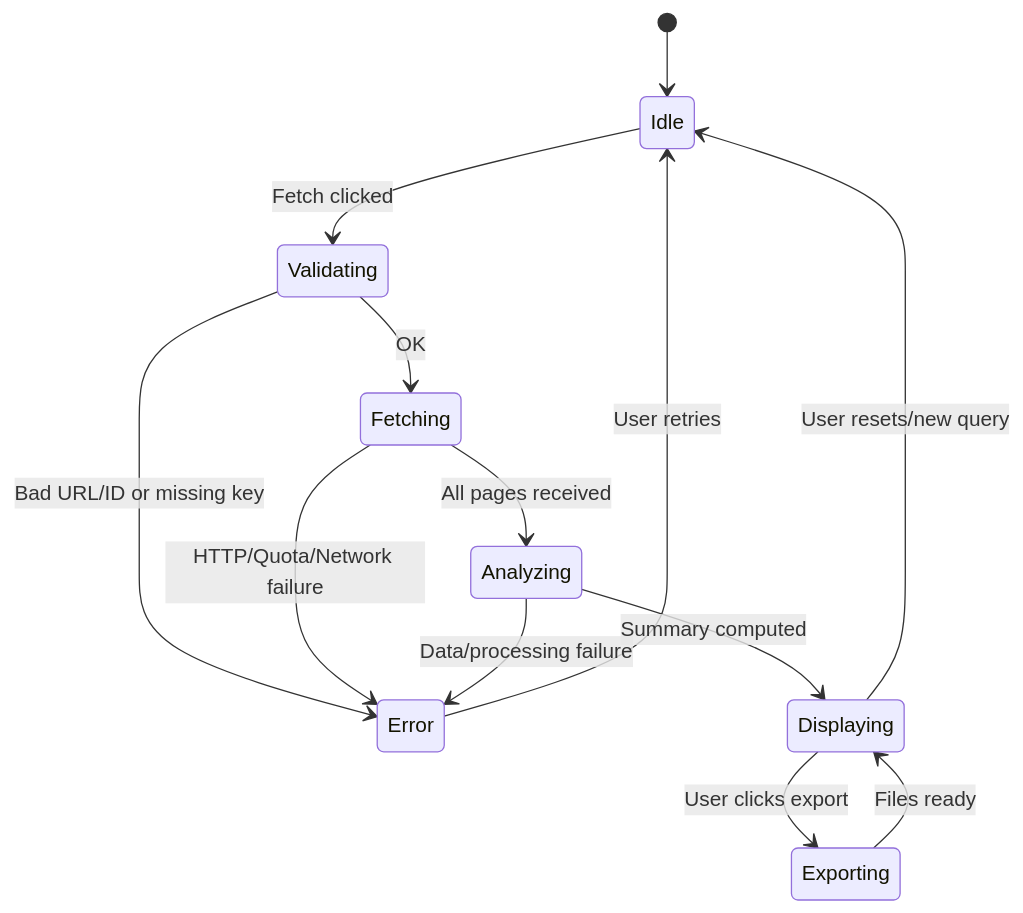
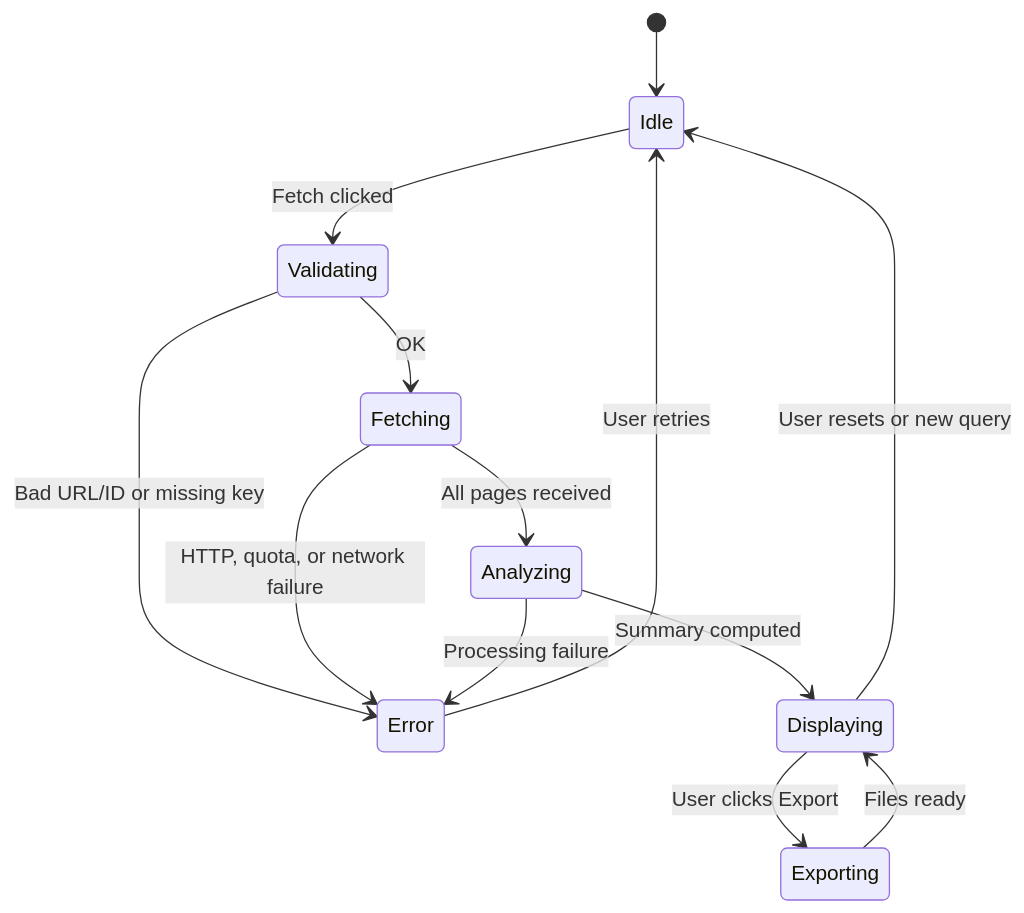
One commit to scornsaber/Comment_Analyzer changed the sixth of 8 diagrams in README.md. Above: the diagram before and after it, drawn with Mermaid. The commit also changed other lines of this file, not shown here.

````diff
--- a/README.md
+++ b/README.md
@@ -98,15 +100,15 @@
 ```mermaid
 stateDiagram-v2
     [*] --> Idle
     Idle --> Validating : Fetch clicked
     Validating --> Error : Bad URL/ID or missing key
     Validating --> Fetching : OK
-    Fetching --> Error : HTTP/Quota/Network failure
+    Fetching --> Error : HTTP, quota, or network failure
     Fetching --> Analyzing : All pages received
-    Analyzing --> Error : Data/processing failure
+    Analyzing --> Error : Processing failure
     Analyzing --> Displaying : Summary computed
-    Displaying --> Exporting : User clicks export
+    Displaying --> Exporting : User clicks Export
     Exporting --> Displaying : Files ready
-    Displaying --> Idle : User resets/new query
+    Displaying --> Idle : User resets or new query
     Error --> Idle : User retries
 ```
````
